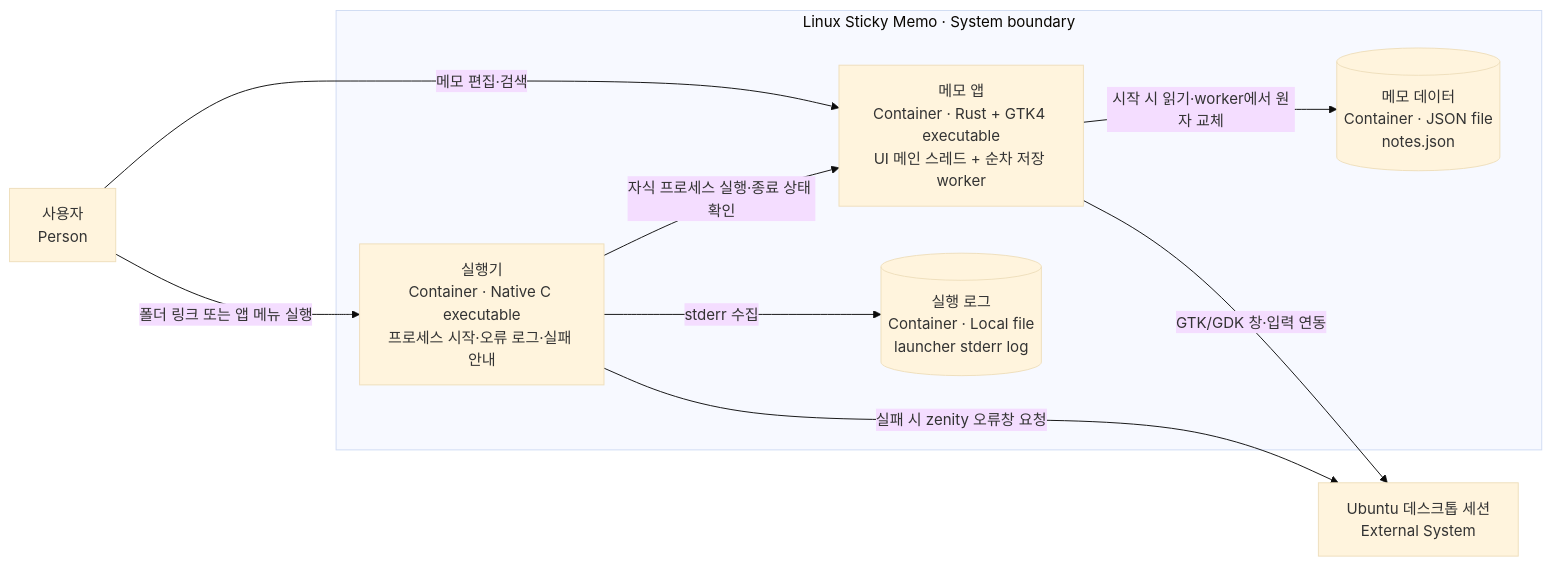
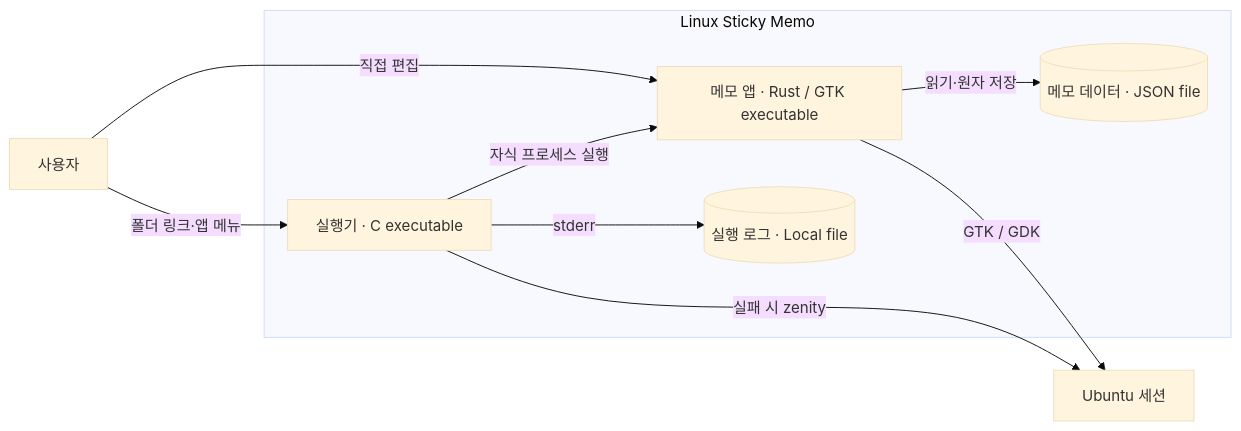
Before and after one commit to pollux-o4/MemoIvy: the diagram in architecture/02-containers.md, drawn with Mermaid (base theme). The commit also changed other lines of this file and 44 other files, not shown here.

````diff
--- a/architecture/02-containers.md
+++ b/architecture/02-containers.md
@@ -5,18 +3,18 @@
 ```mermaid
 flowchart LR
-    user["사용자<br/>Person"]
-    desktop["Ubuntu 데스크톱 세션<br/>External System"]
-    subgraph system["Linux Sticky Memo · System boundary"]
-        launcher["실행기<br/>Container · Native C executable<br/>프로세스 시작·오류 로그·실패 안내"]
-        app["메모 앱<br/>Container · Rust + GTK4 executable<br/>UI 메인 스레드 + 순차 저장 worker"]
-        notes[("메모 데이터<br/>Container · JSON file<br/>notes.json")]
-        log[("실행 로그<br/>Container · Local file<br/>launcher stderr log")]
+    user["사용자"]
+    desktop["Ubuntu 세션"]
+    subgraph system["Linux Sticky Memo"]
+        launcher["실행기 · C executable"]
+        app["메모 앱 · Rust / GTK executable"]
+        notes[("메모 데이터 · JSON file")]
+        log[("실행 로그 · Local file")]
     end
-    user -->|폴더 링크 또는 앱 메뉴 실행| launcher
-    launcher -->|자식 프로세스 실행·종료 상태 확인| app
-    launcher -->|stderr 수집| log
-    launcher -->|실패 시 zenity 오류창 요청| desktop
-    user -->|메모 편집·검색| app
-    app -->|GTK/GDK 창·입력 연동| desktop
-    app -->|시작 시 읽기·worker에서 원자 교체| notes
+    user -->|폴더 링크·앱 메뉴| launcher
+    launcher -->|자식 프로세스 실행| app
+    launcher -->|stderr| log
+    launcher -->|실패 시 zenity| desktop
+    user -->|직접 편집| app
+    app -->|GTK / GDK| desktop
+    app -->|읽기·원자 저장| notes
 ```
````
